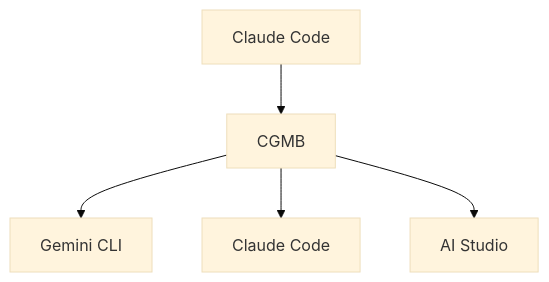
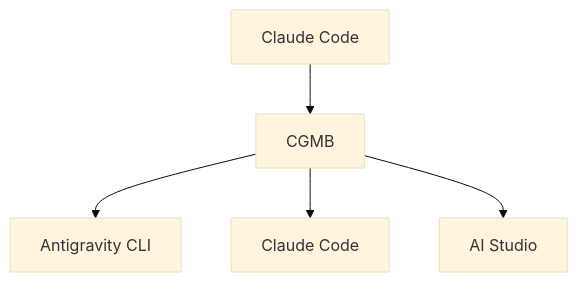
The diagram in README.md (goodaymmm/claude-gemini-multimodal-bridge), drawn with Mermaid (base theme) before and after one commit. The commit also changed other lines of this file and 1 other file, not shown here.

````diff
--- a/README.md
+++ b/README.md
@@ -78,8 +78,8 @@
 ```mermaid
 flowchart TD
     A[Claude Code] --> B[CGMB]
 
-    B --> C[Gemini CLI]
+    B --> C[Antigravity CLI]
     B --> D[Claude Code]
     B --> E[AI Studio]
 ```
````
